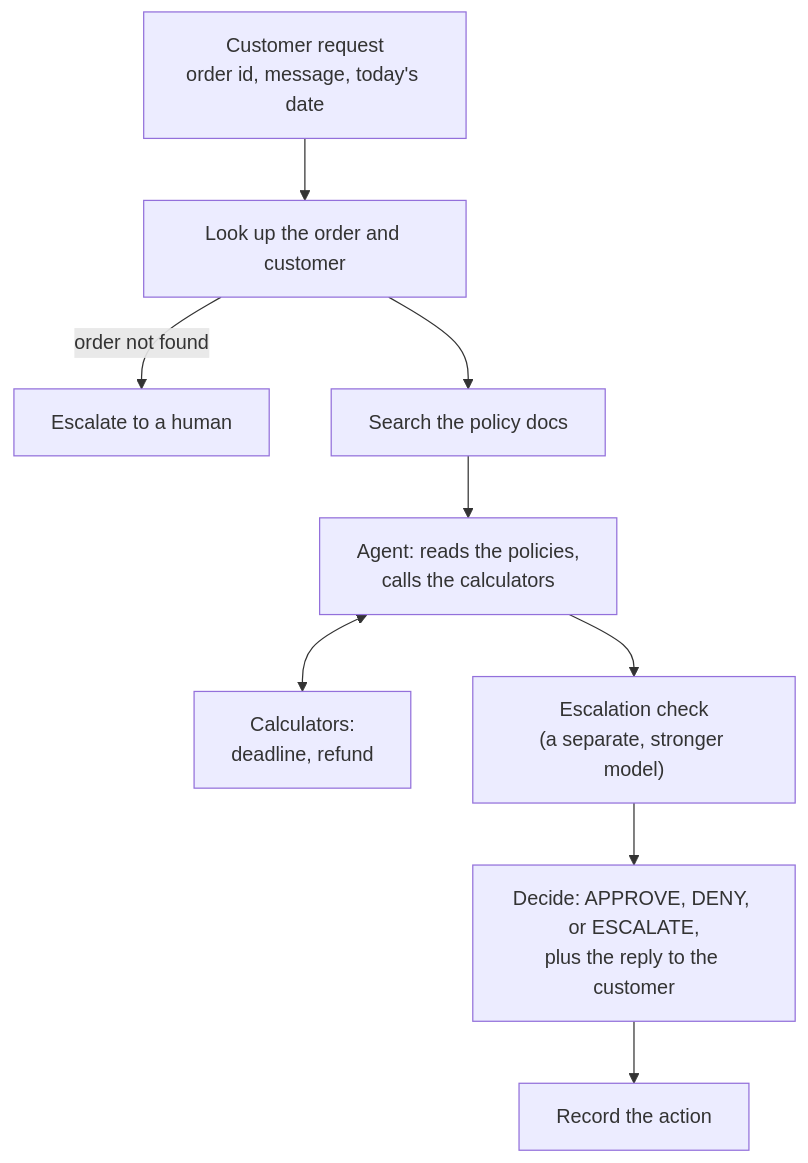
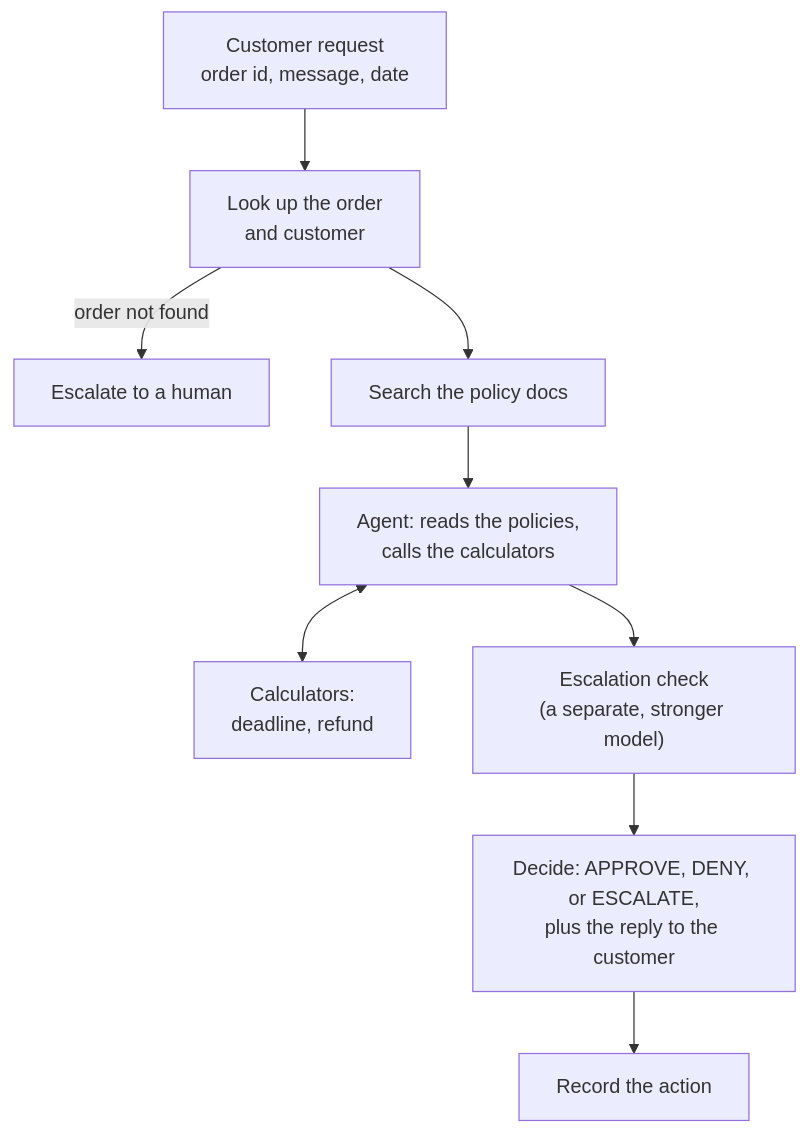
The diagram in README.md (gregduda/focused), drawn with Mermaid before and after one commit.

Commit message:
README diagram formatting

````diff
--- a/README.md
+++ b/README.md
@@ -82,11 +82,11 @@
 ```mermaid
 flowchart TD
-    A["Customer request<br/>order id, message, today's date"] --> B["Look up the order and customer"]
+    A["Customer request<br/>order id, message, date"] --> B["Look up the order<br/>and customer"]
     B -- "order not found" --> X["Escalate to a human"]
     B --> C["Search the policy docs"]
     C --> D["Agent: reads the policies,<br/>calls the calculators"]
     D <--> T["Calculators:<br/>deadline, refund"]
     D --> E["Escalation check<br/>(a separate, stronger model)"]
     E --> F["Decide: APPROVE, DENY, or ESCALATE,<br/>plus the reply to the customer"]
     F --> G["Record the action"]
 ```
````
